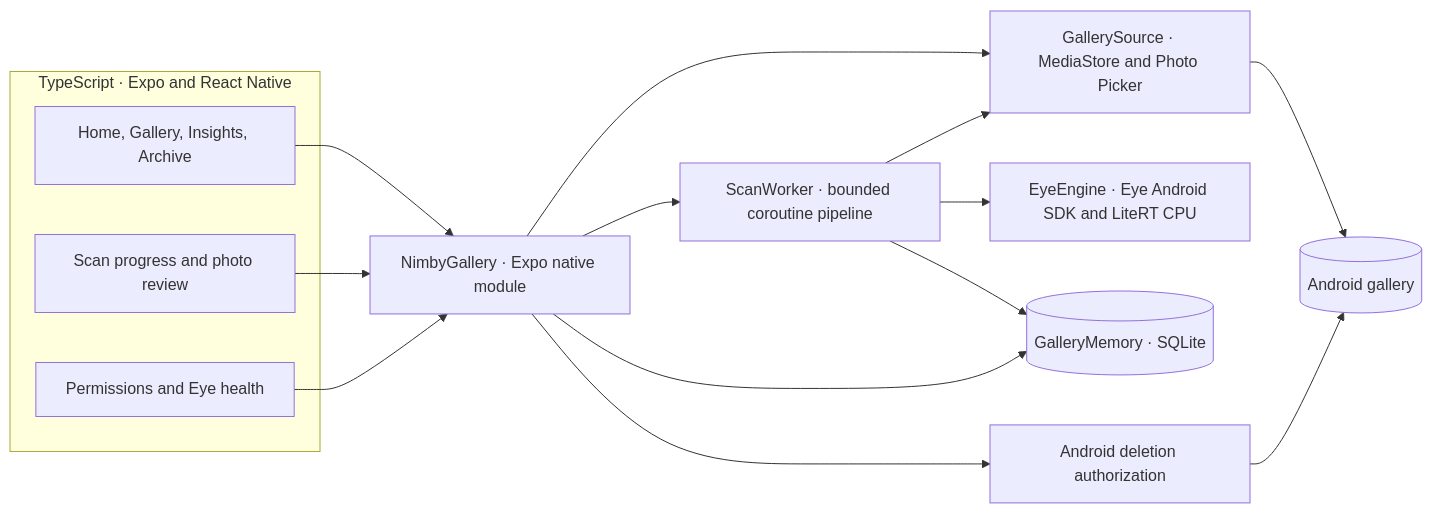
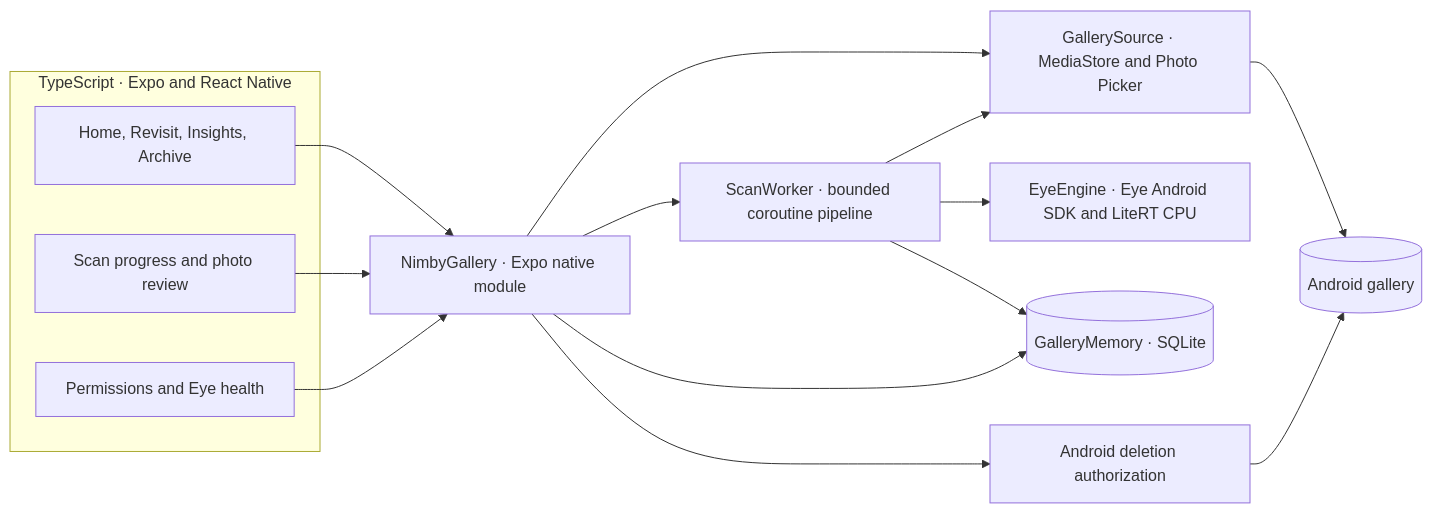
One commit to harishkotra/nimby changed the first of 2 diagrams in README.md. Above: the diagram before and after it, drawn with Mermaid. The commit also changed other lines of this file and 15 other files, not shown here.

Commit message:
Design a calmer Revisit flow and unify Nimby interactions

````diff
--- a/README.md
+++ b/README.md
@@ -19,29 +20,29 @@
 ```mermaid
 flowchart LR
     subgraph UI["TypeScript · Expo and React Native"]
-        App["Home, Gallery, Insights, Archive"]
+        App["Home, Revisit, Insights, Archive"]
         Review["Scan progress and photo review"]
         Settings["Permissions and Eye health"]
     end
 
     Bridge["NimbyGallery · Expo native module"]
     Source["GallerySource · MediaStore and Photo Picker"]
     Worker["ScanWorker · bounded coroutine pipeline"]
     Eye["EyeEngine · Eye Android SDK and LiteRT CPU"]
     DB[("GalleryMemory · SQLite")]
     Gallery[("Android gallery")]
     Delete["Android deletion authorization"]
 
     App --> Bridge
     Review --> Bridge
     Settings --> Bridge
     Bridge --> Source
     Bridge --> Worker
     Bridge --> DB
     Source --> Gallery
     Worker --> Source
     Worker --> Eye
     Worker --> DB
     Bridge --> Delete
     Delete --> Gallery
 ```
````
